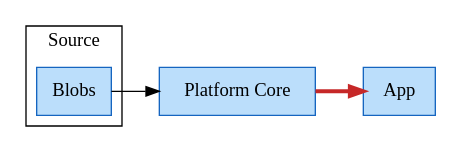
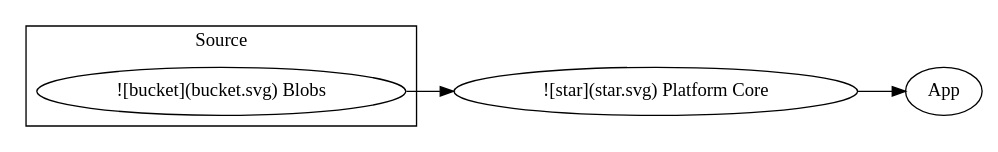
One commit to sfc-gh-akhosro/shabnam changed the diagram in README.md. Above: the diagram before and after it, drawn with Graphviz. The commit also changed other lines of this file and 6 other files, not shown here.

````diff
--- a/README.md
+++ b/README.md
@@ -7,17 +7,16 @@
 ```dot
 digraph starter {
   rankdir=LR
-  node [shape=box style=filled fillcolor="#BBDEFB" color="#1565C0"]
 
   subgraph cluster_source {
     label = "Source"
-    blobs [label="Blobs" icon="bucket.svg" caption="Object Store"]
+    blobs [label="![bucket](bucket.svg) Blobs" caption="Object Store"]
   }
 
-  core [label="Platform Core" icon="star.svg"]
+  core [label="![star](star.svg) Platform Core"]
   app  [label="App"]
 
   blobs -> core
-  core -> app [penwidth=3 color="#C62828"]
+  core -> app
 }
 ```
````
